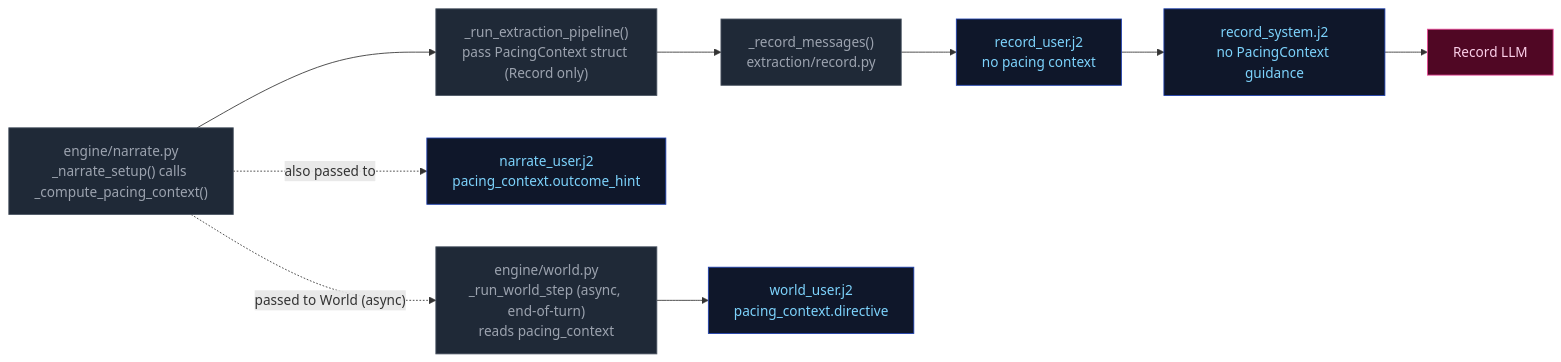
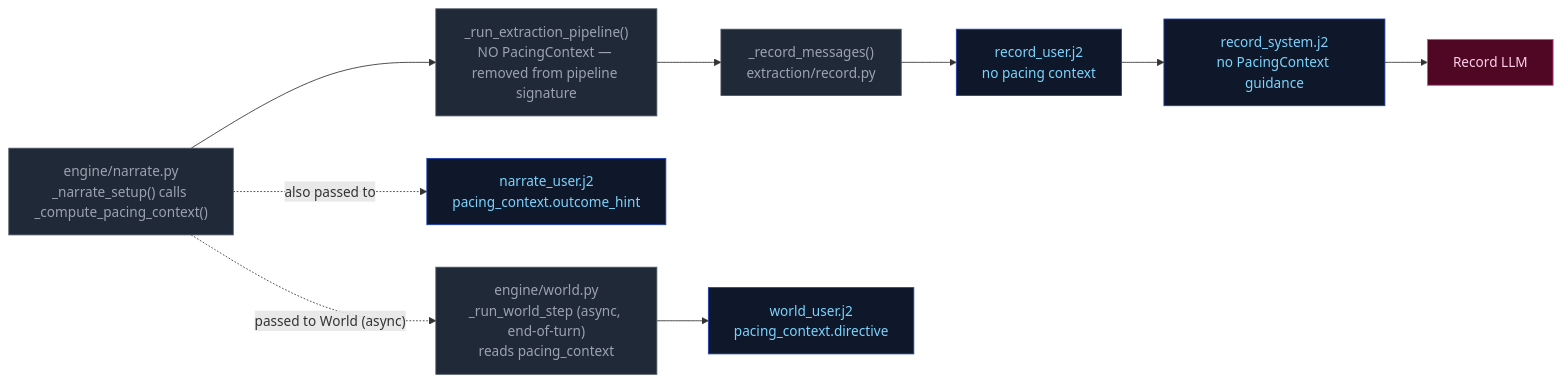
One commit to pww217/fablethread changed the third of 3 diagrams in docs/architecture/step0-ruling.md. Above: the diagram before and after it, drawn with Mermaid. The commit also changed other lines of this file and 20 other files, not shown here.

First line of the commit message:
[dead-params] [I-14] Remove dead pacing_context and over-passed rules_outcome from extraction pipeline

````diff
--- a/docs/architecture/step0-ruling.md
+++ b/docs/architecture/step0-ruling.md
@@ -132,20 +132,20 @@
 ```mermaid
 flowchart LR
     classDef pyNode fill:#1f2937,color:#9ca3af,stroke:#4b5563
     classDef prompt fill:#0f172a,color:#7dd3fc,stroke:#1e40af
     classDef extractor fill:#500724,color:#fbcfe8,stroke:#ec4899
 
     NARRATE["engine/narrate.py<br>_narrate_setup() calls _compute_pacing_context()"]:::pyNode
-    PIPELINE["_run_extraction_pipeline()<br>pass PacingContext struct (Record only)"]:::pyNode
+    PIPELINE["_run_extraction_pipeline()<br>NO PacingContext — removed from pipeline signature"]:::pyNode
     EXTRACT_FN["_record_messages()<br>extraction/record.py"]:::pyNode
     USER_TMPL["record_user.j2<br>no pacing context"]:::prompt
     SYS_TMPL["record_system.j2<br>no PacingContext guidance"]:::prompt
     NARRATE_TMPL["narrate_user.j2<br>pacing_context.outcome_hint"]:::prompt
     WORLD["engine/world.py<br>_run_world_step (async, end-of-turn)<br>reads pacing_context"]:::pyNode
     WORLD_TMPL["world_user.j2<br>pacing_context.directive"]:::prompt
 
     NARRATE --> PIPELINE --> EXTRACT_FN --> USER_TMPL
     USER_TMPL --> SYS_TMPL --> EXTRACTOR["Record LLM"]:::extractor
     NARRATE -. "also passed to" .-> NARRATE_TMPL
     NARRATE -. "passed to World (async)" .-> WORLD --> WORLD_TMPL
 ```
````
